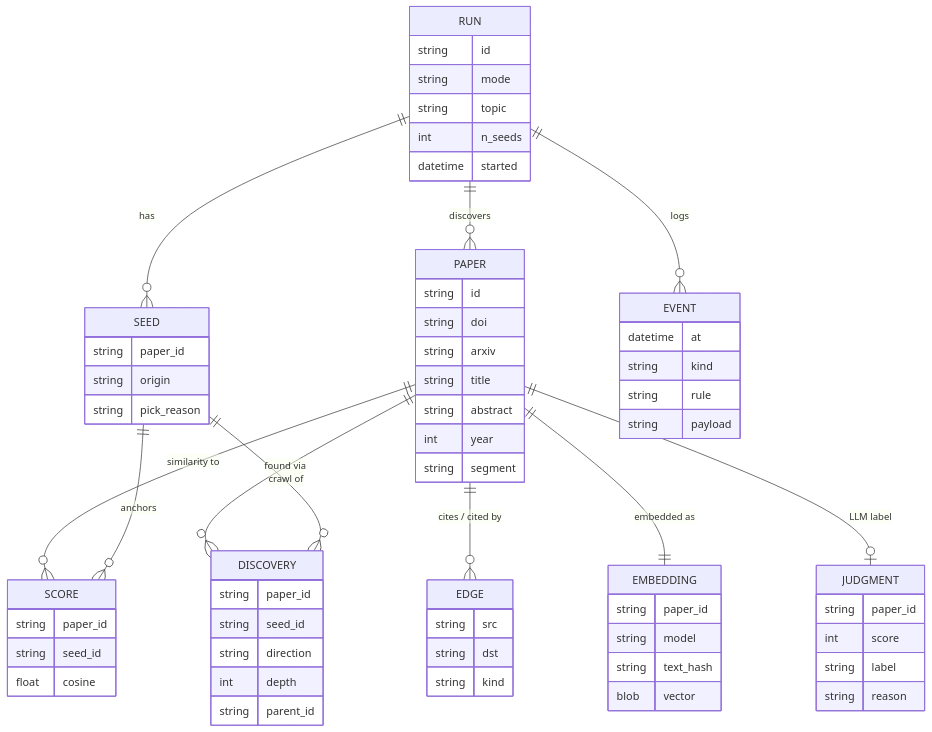
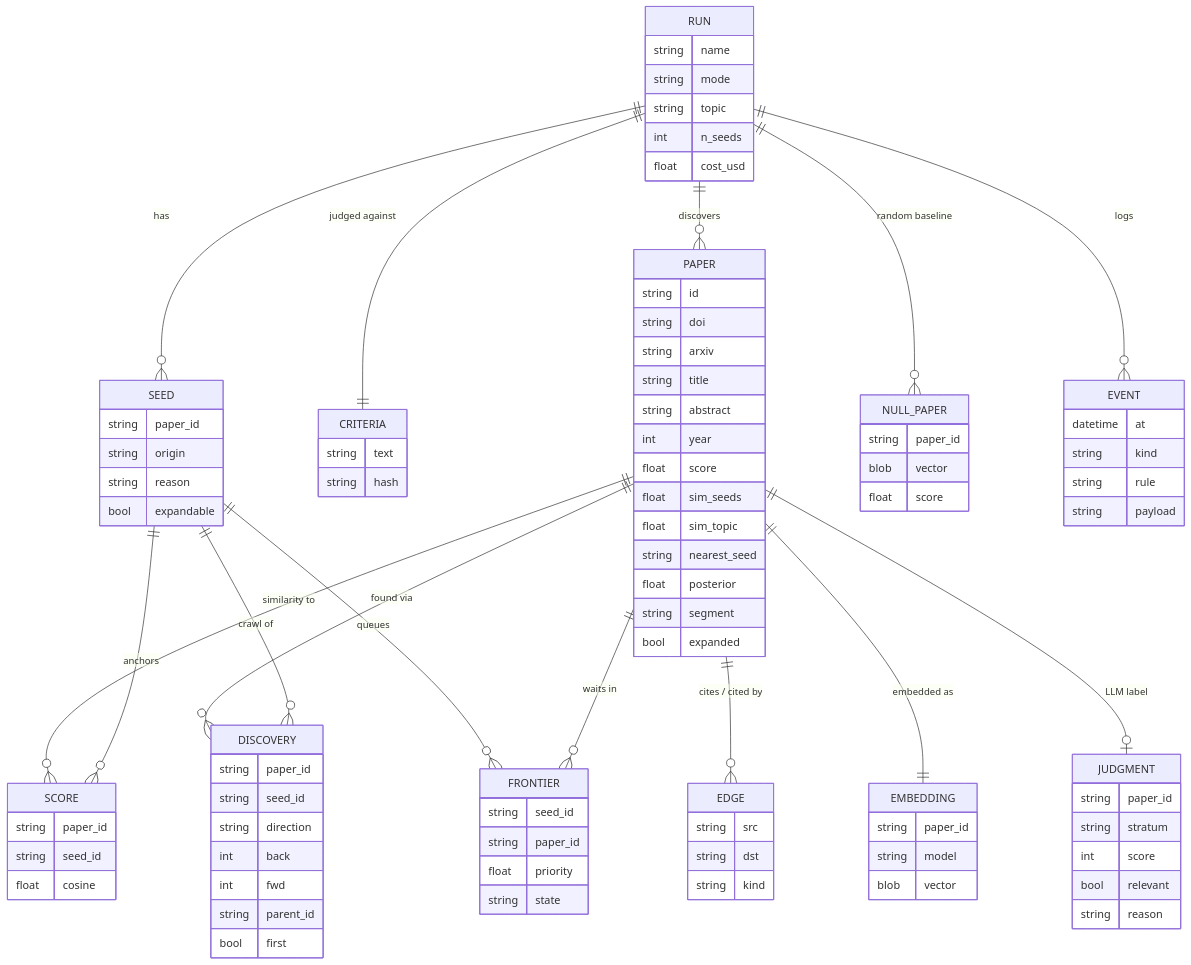
One commit to soorimess/litscout changed the second of 2 diagrams in docs/system-design.md. Above: the diagram before and after it, drawn with Mermaid. The commit also changed other lines of this file and 14 other files, not shown here.

````diff
--- a/docs/system-design.md
+++ b/docs/system-design.md
@@ -165,6 +199,7 @@
 ```mermaid
 erDiagram
     RUN ||--o{ SEED : has
+    RUN ||--|| CRITERIA : "judged against"
     RUN ||--o{ PAPER : discovers
     PAPER ||--o{ EDGE : "cites / cited by"
     PAPER ||--|| EMBEDDING : "embedded as"
@@ -172,20 +207,28 @@
     SEED ||--o{ SCORE : anchors
     PAPER ||--o{ DISCOVERY : "found via"
     SEED ||--o{ DISCOVERY : "crawl of"
+    SEED ||--o{ FRONTIER : queues
+    PAPER ||--o{ FRONTIER : "waits in"
     PAPER ||--o| JUDGMENT : "LLM label"
+    RUN ||--o{ NULL_PAPER : "random baseline"
     RUN ||--o{ EVENT : logs
 
     RUN {
-        string id
+        string name
         string mode
         string topic
         int n_seeds
-        datetime started
+        float cost_usd
+    }
+    CRITERIA {
+        string text
+        string hash
     }
     SEED {
         string paper_id
         string origin
-        string pick_reason
+        string reason
+        bool expandable
     }
     PAPER {
         string id
@@ -194,7 +237,13 @@
         string title
         string abstract
         int year
+        float score
+        float sim_seeds
+        float sim_topic
+        string nearest_seed
+        float posterior
         string segment
+        bool expanded
     }
     EDGE {
         string src
@@ -204,7 +253,6 @@
     EMBEDDING {
         string paper_id
         string model
-        string text_hash
         blob vector
     }
     SCORE {
@@ -216,14 +264,28 @@
         string paper_id
         string seed_id
         string direction
-        int depth
+        int back
+        int fwd
         string parent_id
+        bool first
+    }
+    FRONTIER {
+        string seed_id
+        string paper_id
+        float priority
+        string state
     }
     JUDGMENT {
         string paper_id
+        string stratum
         int score
-        string label
+        bool relevant
         string reason
+    }
+    NULL_PAPER {
+        string paper_id
+        blob vector
+        float score
     }
     EVENT {
         datetime at
````
